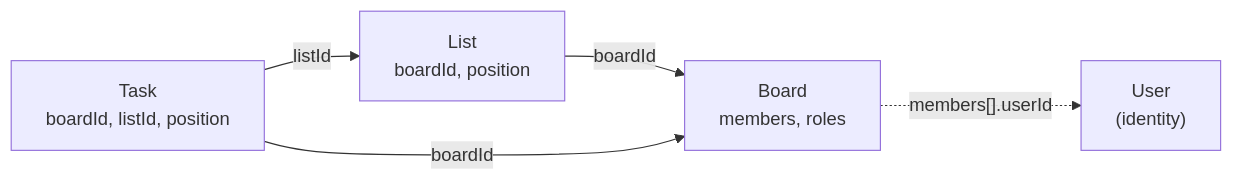
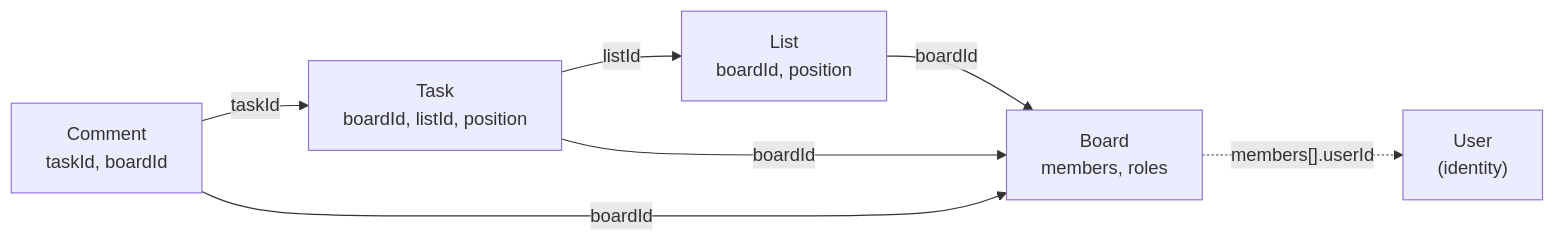
Before and after one commit to B-Jones-RFD/next-ddd-starter: the first of 2 diagrams in site/domain/index.md, drawn with Mermaid. The commit also changed other lines of this file and 10 other files, not shown here.

````diff
--- a/site/domain/index.md
+++ b/site/domain/index.md
@@ -60,11 +60,14 @@
 ```mermaid
 flowchart LR
   board["Board<br/>members, roles"]
   list["List<br/>boardId, position"]
   task["Task<br/>boardId, listId, position"]
+  comment["Comment<br/>taskId, boardId"]
   user["User<br/>(identity)"]
   list -->|boardId| board
+  comment -->|taskId| task
+  comment -->|boardId| board
   task -->|listId| list
   task -->|boardId| board
   board -.->|"members[].userId"| user
 ```
````
